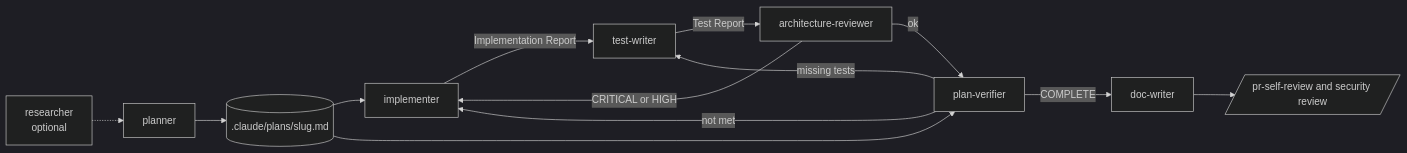
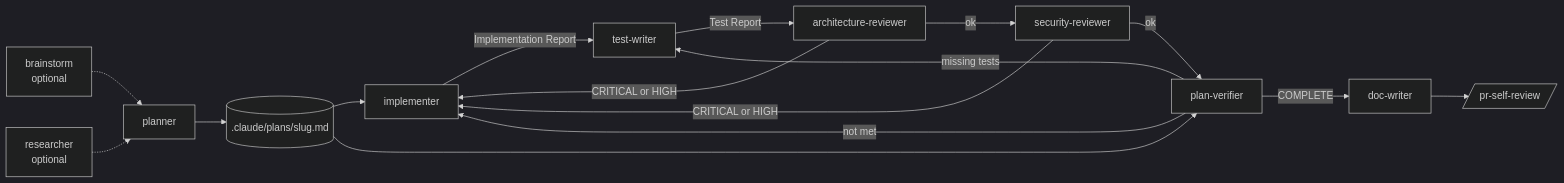
One commit to Sotvorenniy/dev-digest changed the diagram in .claude/agents/README.md. Above: the diagram before and after it, drawn with Mermaid (dark theme). The commit also changed other lines of this file and 5 other files, not shown here.

````diff
--- a/.claude/agents/README.md
+++ b/.claude/agents/README.md
@@ -22,15 +24,18 @@
 ```mermaid
 flowchart LR
-  R[researcher<br/>optional] -.-> P[planner]
+  B[brainstorm<br/>optional] -.-> P[planner]
+  R[researcher<br/>optional] -.-> P
   P --> PL[(.claude/plans/slug.md)]
   PL --> I[implementer]
   I -->|Implementation Report| T[test-writer]
   T -->|Test Report| A[architecture-reviewer]
   A -->|CRITICAL or HIGH| I
-  A -->|ok| V[plan-verifier]
+  A -->|ok| S[security-reviewer]
+  S -->|CRITICAL or HIGH| I
+  S -->|ok| V[plan-verifier]
   PL --> V
   V -->|not met| I
   V -->|missing tests| T
   V -->|COMPLETE| W[doc-writer]
-  W --> G[/pr-self-review and security review/]
+  W --> G[/pr-self-review/]
 ```
````
